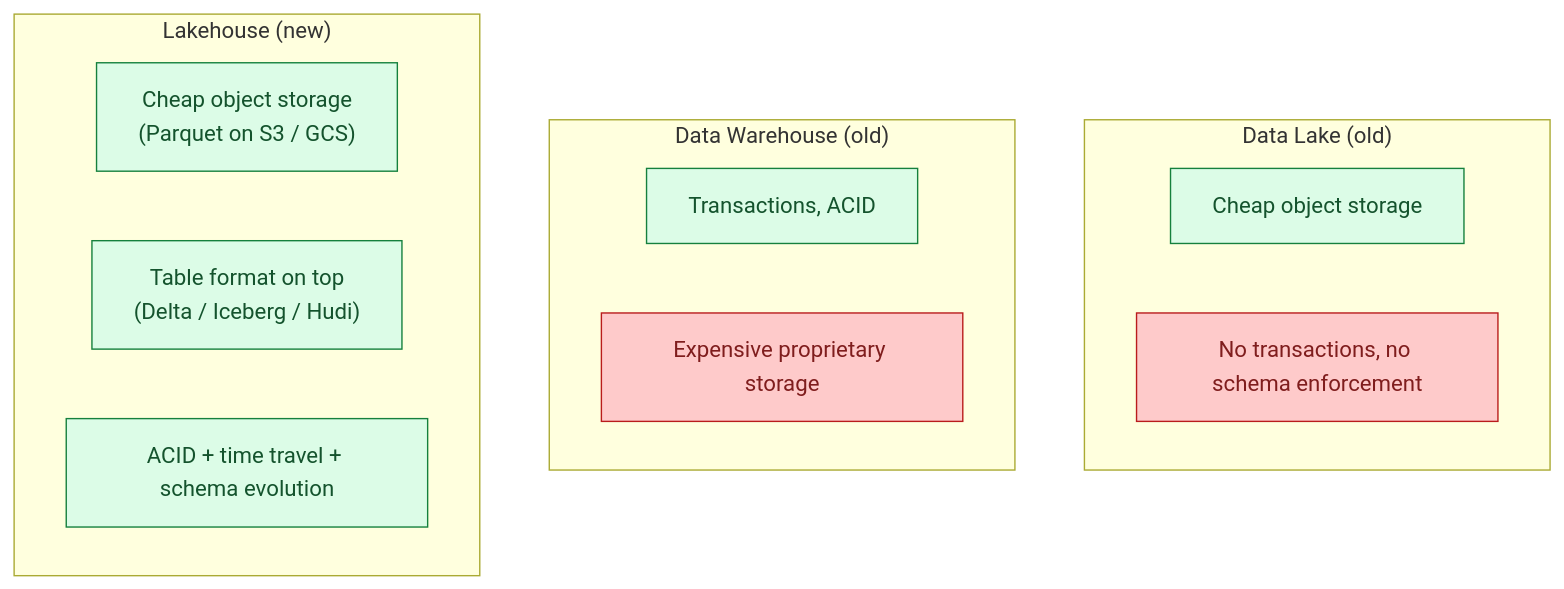
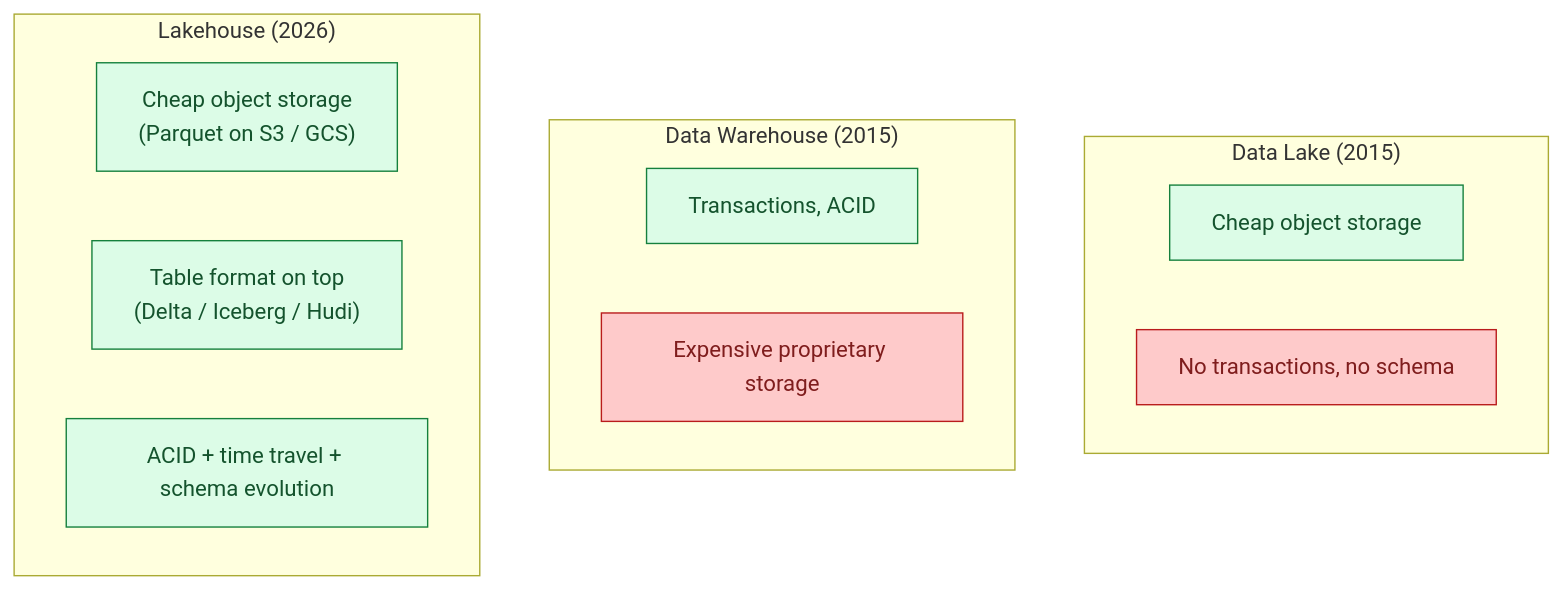
Before and after one commit to shiningflash/shiningflash.github.io: the first of 4 diagrams in _de_concepts/067-data-lakehouse.md, drawn with Mermaid. The commit also changed other lines of this file and 69 other files, not shown here.

````diff
--- a/_de_concepts/067-data-lakehouse.md
+++ b/_de_concepts/067-data-lakehouse.md
@@ -12,19 +12,19 @@
 ```mermaid
 flowchart TB
-    subgraph L["Data Lake (old)"]
+    subgraph L["Data Lake (2015)"]
         L1["Cheap object storage"]:::g
-        L2["No transactions, no schema enforcement"]:::r
+        L2["No transactions, no schema"]:::r
     end
-    subgraph W["Data Warehouse (old)"]
+    subgraph W["Data Warehouse (2015)"]
         W1["Transactions, ACID"]:::g
         W2["Expensive proprietary storage"]:::r
     end
-    subgraph LH["Lakehouse (new)"]
+    subgraph LH["Lakehouse (2026)"]
         LH1["Cheap object storage<br/>(Parquet on S3 / GCS)"]:::g
         LH2["Table format on top<br/>(Delta / Iceberg / Hudi)"]:::g
         LH3["ACID + time travel + schema evolution"]:::g
     end
 
     classDef g fill:#dcfce7,stroke:#15803d,color:#14532d
     classDef r fill:#fecaca,stroke:#b91c1c,color:#7f1d1d
 ```
````
